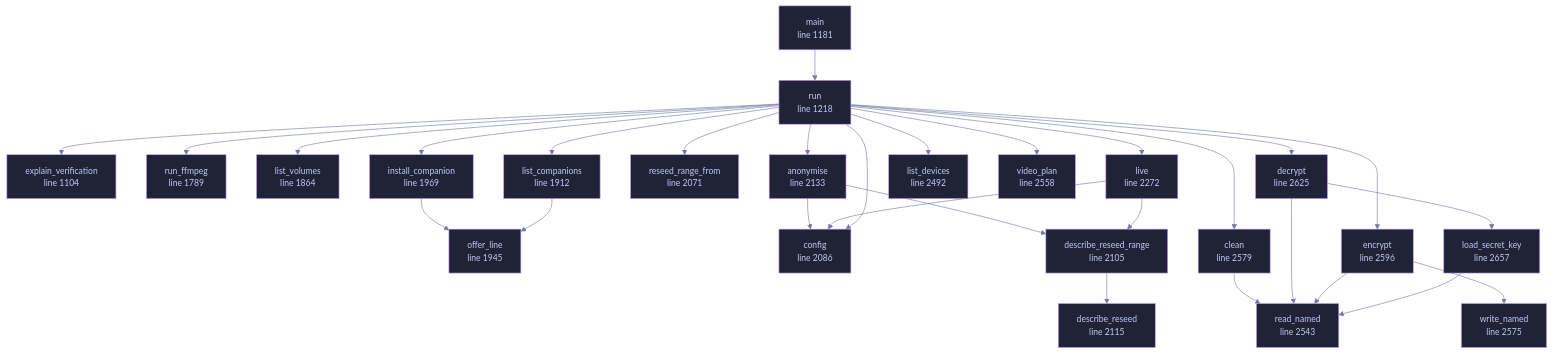
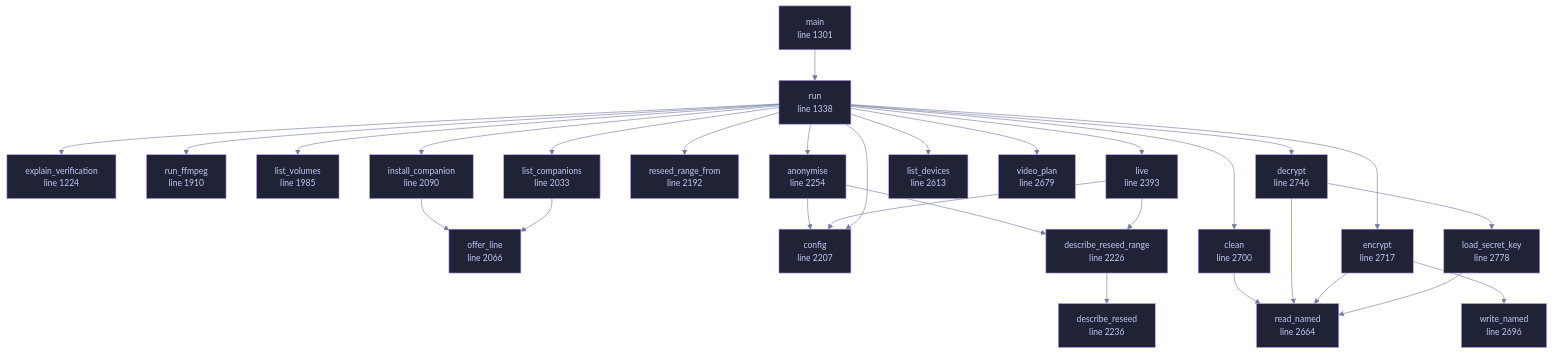
Before and after one commit to tilas01/veilvoice: the diagram in wiki/File-veilvoice-cli-main.md, drawn with Mermaid. The commit also changed other lines of this file and 55 other files, not shown here.

````diff
--- a/wiki/File-veilvoice-cli-main.md
+++ b/wiki/File-veilvoice-cli-main.md
@@ -118,78 +119,78 @@
 ```mermaid
 %%{init: {"theme":"base","themeVariables":{"background":"#1a1b26","primaryColor":"#1f2335","primaryTextColor":"#c0caf5","primaryBorderColor":"#7aa2f7","secondaryColor":"#16161e","tertiaryColor":"#16161e","lineColor":"#737aa2","textColor":"#c0caf5","mainBkg":"#1f2335","nodeBorder":"#7aa2f7","clusterBkg":"#16161e","clusterBorder":"#2f3549","fontFamily":"ui-monospace, SFMono-Regular, Consolas, monospace","fontSize":"14px"}}}%%
 flowchart TD
-    n_explain_verification["explain_verification<br/>line 1104"]
-    n_main["main<br/>line 1181"]
-    n_run["run<br/>line 1218"]
-    n_run_ffmpeg["run_ffmpeg<br/>line 1789"]
-    n_list_volumes["list_volumes<br/>line 1864"]
-    n_list_companions["list_companions<br/>line 1912"]
-    n_offer_line["offer_line<br/>line 1945"]
-    n_install_companion["install_companion<br/>line 1969"]
-    n_reseed_range_from["reseed_range_from<br/>line 2071"]
-    n_config["config<br/>line 2086"]
-    n_describe_reseed_range["describe_reseed_range<br/>line 2105"]
-    n_describe_reseed["describe_reseed<br/>line 2115"]
-    n_anonymise["anonymise<br/>line 2133"]
-    n_live["live<br/>line 2272"]
-    n_list_devices["list_devices<br/>line 2492"]
-    n_read_named["read_named<br/>line 2543"]
-    n_video_plan["video_plan<br/>line 2558"]
-    n_write_named["write_named<br/>line 2575"]
-    n_clean["clean<br/>line 2579"]
-    n_encrypt["encrypt<br/>line 2596"]
-    n_decrypt["decrypt<br/>line 2625"]
-    n_load_secret_key["load_secret_key<br/>line 2657"]
+    n_explain_verification["explain_verification<br/>line 1224"]
+    n_main["main<br/>line 1301"]
+    n_run["run<br/>line 1338"]
+    n_run_ffmpeg["run_ffmpeg<br/>line 1910"]
+    n_list_volumes["list_volumes<br/>line 1985"]
+    n_list_companions["list_companions<br/>line 2033"]
+    n_offer_line["offer_line<br/>line 2066"]
+    n_install_companion["install_companion<br/>line 2090"]
+    n_reseed_range_from["reseed_range_from<br/>line 2192"]
+    n_config["config<br/>line 2207"]
+    n_describe_reseed_range["describe_reseed_range<br/>line 2226"]
+    n_describe_reseed["describe_reseed<br/>line 2236"]
+    n_anonymise["anonymise<br/>line 2254"]
+    n_live["live<br/>line 2393"]
+    n_list_devices["list_devices<br/>line 2613"]
+    n_read_named["read_named<br/>line 2664"]
+    n_video_plan["video_plan<br/>line 2679"]
+    n_write_named["write_named<br/>line 2696"]
+    n_clean["clean<br/>line 2700"]
+    n_encrypt["encrypt<br/>line 2717"]
+    n_decrypt["decrypt<br/>line 2746"]
+    n_load_secret_key["load_secret_key<br/>line 2778"]
     n_anonymise --> n_config
     n_anonymise --> n_describe_reseed_range
     n_clean --> n_read_named
     n_decrypt --> n_load_secret_key
     n_decrypt --> n_read_named
     n_describe_reseed_range --> n_describe_reseed
     n_encrypt --> n_read_named
     n_encrypt --> n_write_named
     n_install_companion --> n_offer_line
     n_list_companions --> n_offer_line
     n_live --> n_config
     n_live --> n_describe_reseed_range
     n_load_secret_key --> n_read_named
     n_main --> n_run
     n_run --> n_anonymise
     n_run --> n_clean
     n_run --> n_config
     n_run --> n_decrypt
     n_run --> n_encrypt
     n_run --> n_explain_verification
     n_run --> n_install_companion
     n_run --> n_list_companions
     n_run --> n_list_devices
     n_run --> n_list_volumes
     n_run --> n_live
     n_run --> n_reseed_range_from
     n_run --> n_run_ffmpeg
     n_run --> n_video_plan
-    click n_explain_verification href "https://github.com/tilas01/veilvoice/blob/main/crates/veilvoice-cli/src/main.rs#L1104" "open the source"
-    click n_main href "https://github.com/tilas01/veilvoice/blob/main/crates/veilvoice-cli/src/main.rs#L1181" "open the source"
-    click n_run href "https://github.com/tilas01/veilvoice/blob/main/crates/veilvoice-cli/src/main.rs#L1218" "open the source"
-    click n_run_ffmpeg href "https://github.com/tilas01/veilvoice/blob/main/crates/veilvoice-cli/src/main.rs#L1789" "open the source"
-    click n_list_volumes href "https://github.com/tilas01/veilvoice/blob/main/crates/veilvoice-cli/src/main.rs#L1864" "open the source"
-    click n_list_companions href "https://github.com/tilas01/veilvoice/blob/main/crates/veilvoice-cli/src/main.rs#L1912" "open the source"
-    click n_offer_line href "https://github.com/tilas01/veilvoice/blob/main/crates/veilvoice-cli/src/main.rs#L1945" "open the source"
-    click n_install_companion href "https://github.com/tilas01/veilvoice/blob/main/crates/veilvoice-cli/src/main.rs#L1969" "open the source"
-    click n_reseed_range_from href "https://github.com/tilas01/veilvoice/blob/main/crates/veilvoice-cli/src/main.rs#L2071" "open the source"
-    click n_config href "https://github.com/tilas01/veilvoice/blob/main/crates/veilvoice-cli/src/main.rs#L2086" "open the source"
-    click n_describe_reseed_range href "https://github.com/tilas01/veilvoice/blob/main/crates/veilvoice-cli/src/main.rs#L2105" "open the source"
-    click n_describe_reseed href "https://github.com/tilas01/veilvoice/blob/main/crates/veilvoice-cli/src/main.rs#L2115" "open the source"
-    click n_anonymise href "https://github.com/tilas01/veilvoice/blob/main/crates/veilvoice-cli/src/main.rs#L2133" "open the source"
-    click n_live href "https://github.com/tilas01/veilvoice/blob/main/crates/veilvoice-cli/src/main.rs#L2272" "open the source"
-    click n_list_devices href "https://github.com/tilas01/veilvoice/blob/main/crates/veilvoice-cli/src/main.rs#L2492" "open the source"
-    click n_read_named href "https://github.com/tilas01/veilvoice/blob/main/crates/veilvoice-cli/src/main.rs#L2543" "open the source"
-    click n_video_plan href "https://github.com/tilas01/veilvoice/blob/main/crates/veilvoice-cli/src/main.rs#L2558" "open the source"
-    click n_write_named href "https://github.com/tilas01/veilvoice/blob/main/crates/veilvoice-cli/src/main.rs#L2575" "open the source"
-    click n_clean href "https://github.com/tilas01/veilvoice/blob/main/crates/veilvoice-cli/src/main.rs#L2579" "open the source"
-    click n_encrypt href "https://github.com/tilas01/veilvoice/blob/main/crates/veilvoice-cli/src/main.rs#L2596" "open the source"
-    click n_decrypt href "https://github.com/tilas01/veilvoice/blob/main/crates/veilvoice-cli/src/main.rs#L2625" "open the source"
-    click n_load_secret_key href "https://github.com/tilas01/veilvoice/blob/main/crates/veilvoice-cli/src/main.rs#L2657" "open the source"
+    click n_explain_verification href "https://github.com/tilas01/veilvoice/blob/main/crates/veilvoice-cli/src/main.rs#L1224" "open the source"
+    click n_main href "https://github.com/tilas01/veilvoice/blob/main/crates/veilvoice-cli/src/main.rs#L1301" "open the source"
+    click n_run href "https://github.com/tilas01/veilvoice/blob/main/crates/veilvoice-cli/src/main.rs#L1338" "open the source"
+    click n_run_ffmpeg href "https://github.com/tilas01/veilvoice/blob/main/crates/veilvoice-cli/src/main.rs#L1910" "open the source"
+    click n_list_volumes href "https://github.com/tilas01/veilvoice/blob/main/crates/veilvoice-cli/src/main.rs#L1985" "open the source"
+    click n_list_companions href "https://github.com/tilas01/veilvoice/blob/main/crates/veilvoice-cli/src/main.rs#L2033" "open the source"
+    click n_offer_line href "https://github.com/tilas01/veilvoice/blob/main/crates/veilvoice-cli/src/main.rs#L2066" "open the source"
+    click n_install_companion href "https://github.com/tilas01/veilvoice/blob/main/crates/veilvoice-cli/src/main.rs#L2090" "open the source"
+    click n_reseed_range_from href "https://github.com/tilas01/veilvoice/blob/main/crates/veilvoice-cli/src/main.rs#L2192" "open the source"
+    click n_config href "https://github.com/tilas01/veilvoice/blob/main/crates/veilvoice-cli/src/main.rs#L2207" "open the source"
+    click n_describe_reseed_range href "https://github.com/tilas01/veilvoice/blob/main/crates/veilvoice-cli/src/main.rs#L2226" "open the source"
+    click n_describe_reseed href "https://github.com/tilas01/veilvoice/blob/main/crates/veilvoice-cli/src/main.rs#L2236" "open the source"
+    click n_anonymise href "https://github.com/tilas01/veilvoice/blob/main/crates/veilvoice-cli/src/main.rs#L2254" "open the source"
+    click n_live href "https://github.com/tilas01/veilvoice/blob/main/crates/veilvoice-cli/src/main.rs#L2393" "open the source"
+    click n_list_devices href "https://github.com/tilas01/veilvoice/blob/main/crates/veilvoice-cli/src/main.rs#L2613" "open the source"
+    click n_read_named href "https://github.com/tilas01/veilvoice/blob/main/crates/veilvoice-cli/src/main.rs#L2664" "open the source"
+    click n_video_plan href "https://github.com/tilas01/veilvoice/blob/main/crates/veilvoice-cli/src/main.rs#L2679" "open the source"
+    click n_write_named href "https://github.com/tilas01/veilvoice/blob/main/crates/veilvoice-cli/src/main.rs#L2696" "open the source"
+    click n_clean href "https://github.com/tilas01/veilvoice/blob/main/crates/veilvoice-cli/src/main.rs#L2700" "open the source"
+    click n_encrypt href "https://github.com/tilas01/veilvoice/blob/main/crates/veilvoice-cli/src/main.rs#L2717" "open the source"
+    click n_decrypt href "https://github.com/tilas01/veilvoice/blob/main/crates/veilvoice-cli/src/main.rs#L2746" "open the source"
+    click n_load_secret_key href "https://github.com/tilas01/veilvoice/blob/main/crates/veilvoice-cli/src/main.rs#L2778" "open the source"
     classDef helper fill:#1f2335,stroke:#bb9af7,color:#c0caf5
     class n_explain_verification,n_main,n_run,n_run_ffmpeg,n_list_volumes,n_list_companions,n_offer_line,n_install_companion,n_reseed_range_from,n_config,n_describe_reseed_range,n_describe_reseed,n_anonymise,n_live,n_list_devices,n_read_named,n_video_plan,n_write_named,n_clean,n_encrypt,n_decrypt,n_load_secret_key helper
 ```
````
